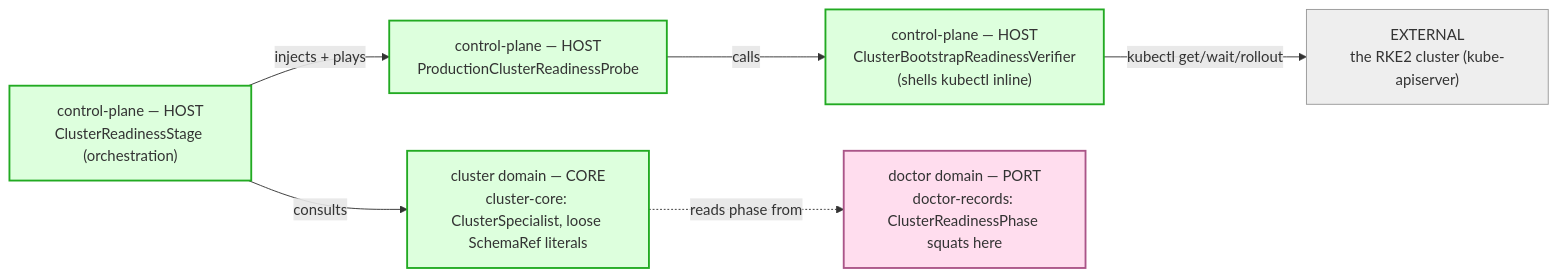
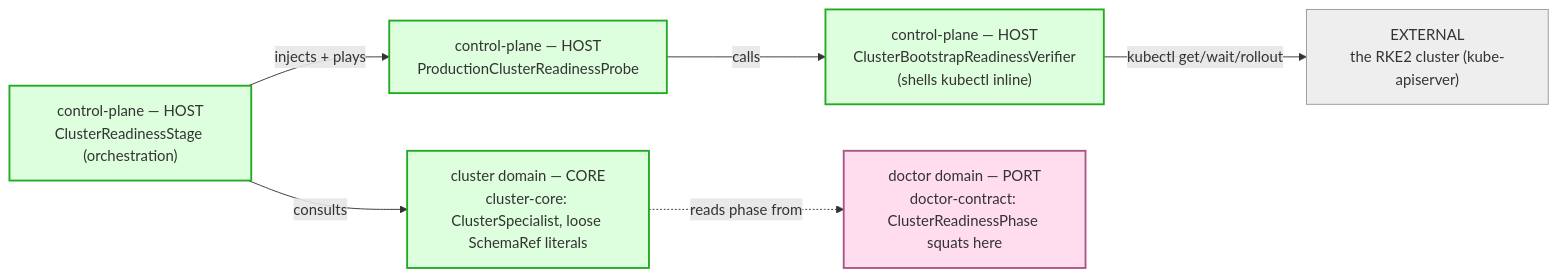
Before and after one commit to nxmatic/rke2lab: the first of 5 diagrams in docs/architecture/osgi/cluster-edge-spec.adoc, drawn with Mermaid. The commit also changed other lines of this file and 25 other files, not shown here.

```diff
--- a/docs/architecture/osgi/cluster-edge-spec.adoc
+++ b/docs/architecture/osgi/cluster-edge-spec.adoc
@@ -36,23 +36,23 @@
 [mermaid]
 ....
 flowchart LR
   world["EXTERNAL<br/>the RKE2 cluster (kube-apiserver)"]
   verifier["control-plane — HOST<br/>ClusterBootstrapReadinessVerifier<br/>(shells kubectl inline)"]
   prodprobe["control-plane — HOST<br/>ProductionClusterReadinessProbe"]
   stage["control-plane — HOST<br/>ClusterReadinessStage (orchestration)"]
-  dport["doctor domain — PORT<br/>doctor-records: ClusterReadinessPhase squats here"]
+  dport["doctor domain — PORT<br/>doctor-contract: ClusterReadinessPhase squats here"]
   ccore["cluster domain — CORE<br/>cluster-core: ClusterSpecialist, loose SchemaRef literals"]
   verifier -->|kubectl get/wait/rollout| world
   prodprobe -->|calls| verifier
   stage -->|injects + plays| prodprobe
   stage -->|consults| ccore
   ccore -.->|reads phase from| dport
   classDef h fill:#dfd,stroke:#2a2,stroke-width:2px;
   classDef p fill:#fde,stroke:#a58,stroke-width:2px;
   classDef c fill:#dfd,stroke:#2a2,stroke-width:2px;
   classDef w fill:#eee,stroke:#999,stroke-width:1px;
   class verifier,prodprobe,stage h;
   class dport p;
   class ccore c;
   class world w;
 ....
```
